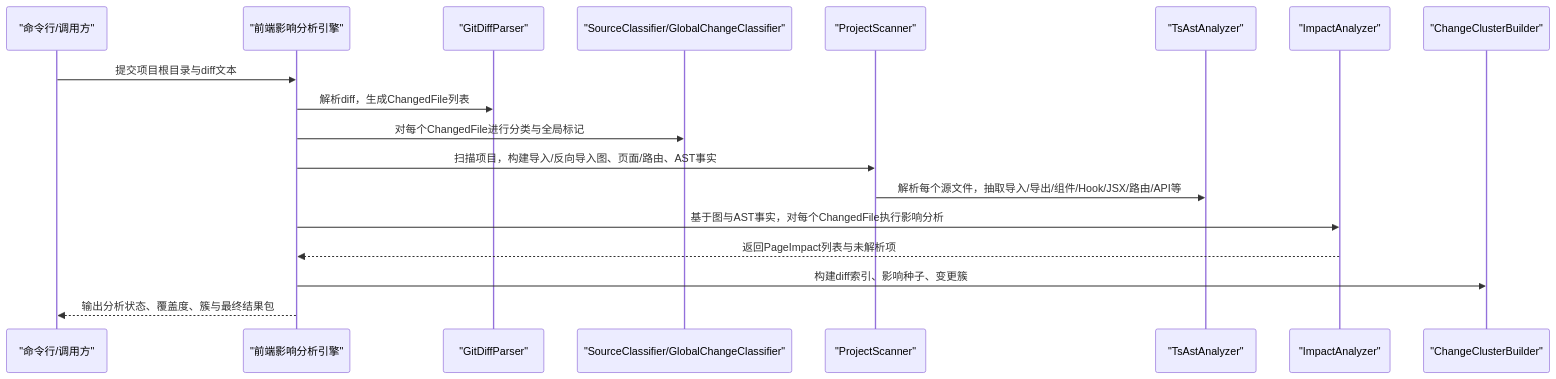
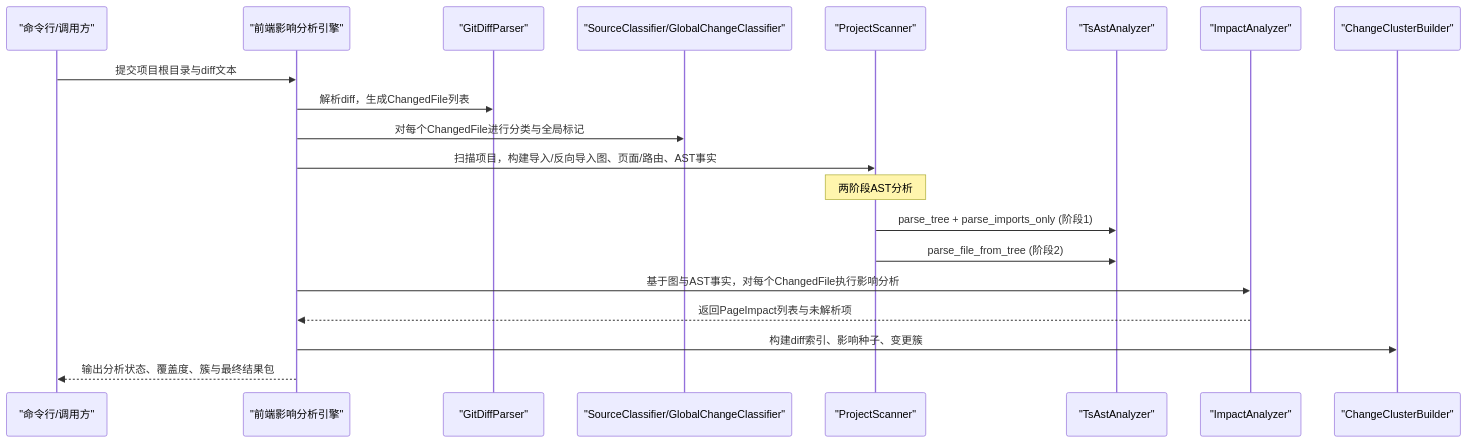
One commit to brand-new-remo/frontend-impact-analyzer changed the second of 9 diagrams in .qoder/repowiki/zh/content/核心功能/影响追踪.md. Above: the diagram before and after it, drawn with Mermaid. The commit also changed other lines of this file and 8 other files, not shown here.

````diff
--- a/.qoder/repowiki/zh/content/核心功能/影响追踪.md
+++ b/.qoder/repowiki/zh/content/核心功能/影响追踪.md
@@ -99,20 +103,22 @@
 ```mermaid
 sequenceDiagram
 participant CLI as "命令行/调用方"
 participant Engine as "前端影响分析引擎"
 participant Diff as "GitDiffParser"
 participant Class as "SourceClassifier/GlobalChangeClassifier"
 participant Scanner as "ProjectScanner"
 participant AST as "TsAstAnalyzer"
 participant Analyzer as "ImpactAnalyzer"
 participant Cluster as "ChangeClusterBuilder"
 CLI->>Engine : 提交项目根目录与diff文本
 Engine->>Diff : 解析diff，生成ChangedFile列表
 Engine->>Class : 对每个ChangedFile进行分类与全局标记
 Engine->>Scanner : 扫描项目，构建导入/反向导入图、页面/路由、AST事实
-Scanner->>AST : 解析每个源文件，抽取导入/导出/组件/Hook/JSX/路由/API等
+Note over Scanner : 两阶段AST分析
+Scanner->>AST : parse_tree + parse_imports_only (阶段1)
+Scanner->>AST : parse_file_from_tree (阶段2)
 Engine->>Analyzer : 基于图与AST事实，对每个ChangedFile执行影响分析
 Analyzer-->>Engine : 返回PageImpact列表与未解析项
 Engine->>Cluster : 构建diff索引、影响种子、变更簇
 Engine-->>CLI : 输出分析状态、覆盖度、簇与最终结果包
 ```
````
